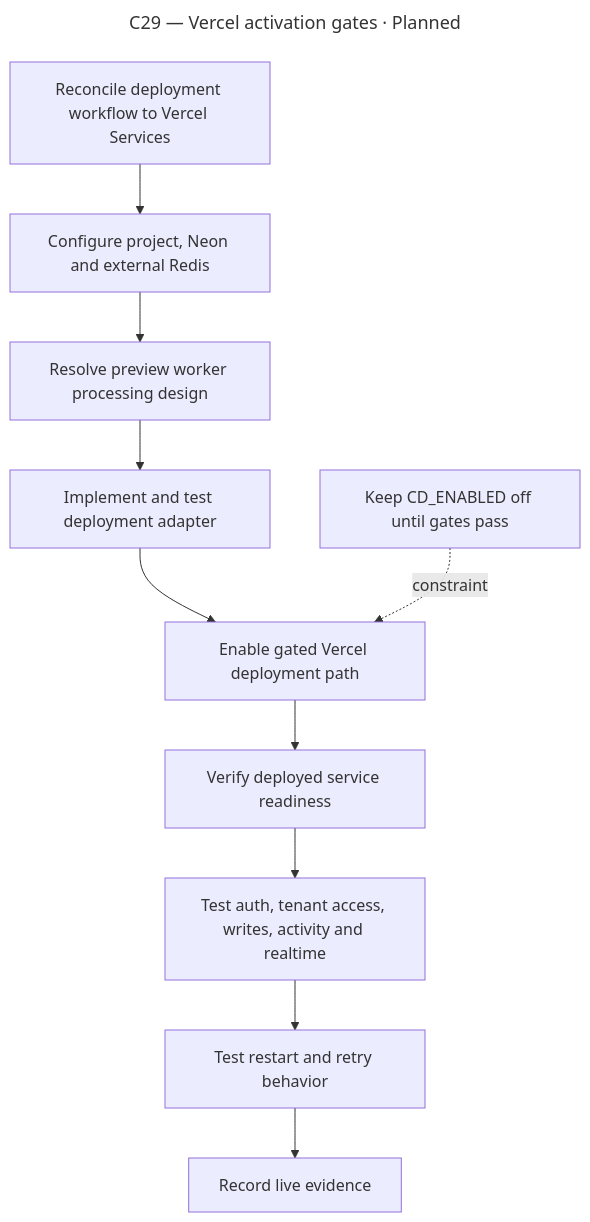
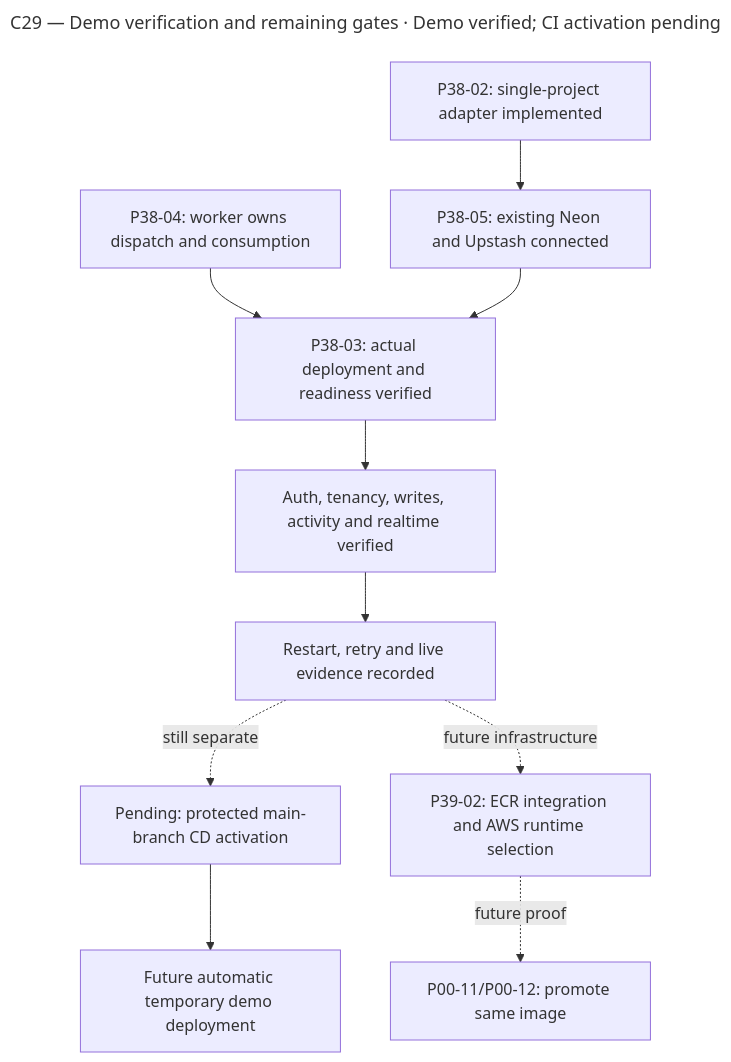
One commit to ashvir99260/flowboard changed the diagram in docs/diagrams/sources/c29-render-activation-gates.mmd. Above: the diagram before and after it, drawn with Mermaid. The commit also changed 42 other files, not shown here.

Commit message:
docs: reconcile architecture with deployed services

```diff
--- a/docs/diagrams/sources/c29-render-activation-gates.mmd
+++ b/docs/diagrams/sources/c29-render-activation-gates.mmd
@@ -1,13 +1,13 @@
 ---
-title: "C29 — Vercel activation gates · Planned"
+title: "C29 — Demo verification and remaining gates · Demo verified; CI activation pending"
 ---
 flowchart TD
-  Workflow[Reconcile deployment workflow to Vercel Services] --> Resources[Configure project, Neon and external Redis]
-  Resources --> Preview[Resolve preview worker processing design]
-  Preview --> Adapter[Implement and test deployment adapter]
-  Adapter --> Enable[Enable gated Vercel deployment path]
-  Enable --> Ready[Verify deployed service readiness]
-  Ready --> Product[Test auth, tenant access, writes, activity and realtime]
-  Product --> Recovery[Test restart and retry behavior]
-  Recovery --> Evidence[Record live evidence]
-  Legacy[Keep CD_ENABLED off until gates pass] -. constraint .-> Enable
+  Workflow[P38-02: single-project adapter implemented] --> Resources[P38-05: existing Neon and Upstash connected]
+  Ownership[P38-04: worker owns dispatch and consumption] --> Ready
+  Resources --> Ready[P38-03: actual deployment and readiness verified]
+  Ready --> Product[Auth, tenancy, writes, activity and realtime verified]
+  Product --> Recovery[Restart, retry and live evidence recorded]
+  Recovery -. still separate .-> Enable[Pending: protected main-branch CD activation]
+  Enable --> Main[Future automatic temporary demo deployment]
+  Recovery -. future infrastructure .-> ECR[P39-02: ECR integration and AWS runtime selection]
+  ECR -. future proof .-> Promotion[P00-11/P00-12: promote same image]
```
